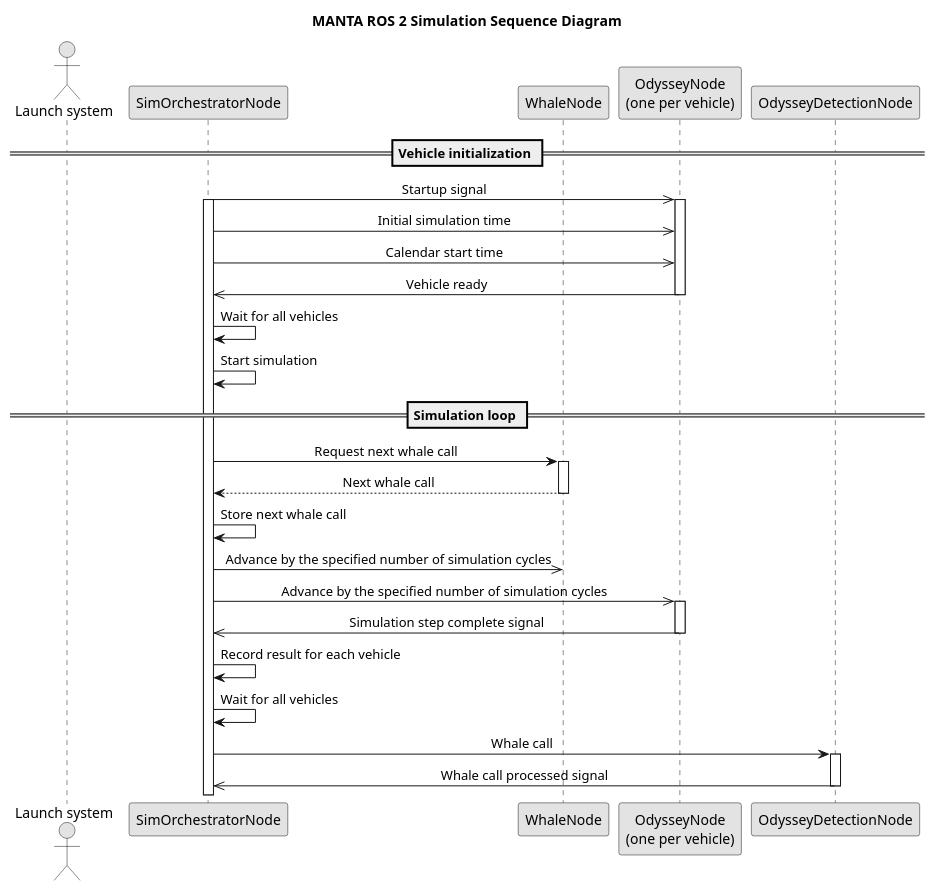
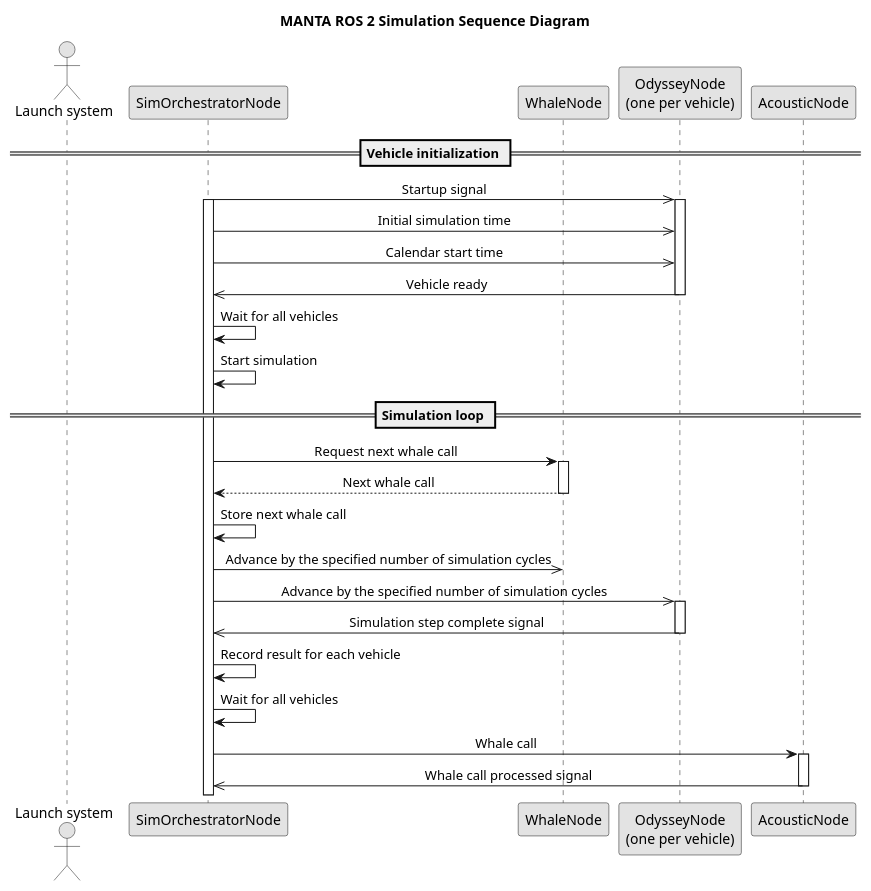
The diagram in components/manta_core/docs/sim_orchestrator_sequence.puml (Tebcherani/MANTA), drawn with PlantUML before and after one commit.

Commit message:
Update node name

```diff
--- a/components/manta_core/docs/sim_orchestrator_sequence.puml
+++ b/components/manta_core/docs/sim_orchestrator_sequence.puml
@@ -1,53 +1,53 @@
 @startuml
 title MANTA ROS 2 Simulation Sequence Diagram
 
 skinparam monochrome true
 skinparam shadowing false
 skinparam sequenceMessageAlign center
 skinparam responseMessageBelowArrow true
 
 actor "Launch system" as Launcher
 participant "SimOrchestratorNode" as Orchestrator
 participant "WhaleNode" as Whale
 participant "OdysseyNode\n(one per vehicle)" as Odyssey
-participant "OdysseyDetectionNode" as Detection
+participant "AcousticNode" as Detection
 
 
 == Vehicle initialization ==
 
 Orchestrator ->> Odyssey : Startup signal
 activate Orchestrator
 activate Odyssey
 Orchestrator ->> Odyssey : Initial simulation time
 Orchestrator ->> Odyssey : Calendar start time
 Odyssey ->> Orchestrator : Vehicle ready
 deactivate Odyssey
 
 Orchestrator -> Orchestrator : Wait for all vehicles
 Orchestrator -> Orchestrator : Start simulation
 
 == Simulation loop ==
 
 Orchestrator -> Whale : Request next whale call
     activate Whale
     Whale --> Orchestrator : Next whale call
     deactivate Whale
 
     Orchestrator -> Orchestrator : Store next whale call
 
     Orchestrator ->> Whale : Advance by the specified number of simulation cycles
 
     Orchestrator ->> Odyssey : Advance by the specified number of simulation cycles
     activate Odyssey
     Odyssey ->> Orchestrator : Simulation step complete signal
     deactivate Odyssey
 
     Orchestrator -> Orchestrator : Record result for each vehicle
     Orchestrator -> Orchestrator : Wait for all vehicles
 
     Orchestrator -> Detection : Whale call
     activate Detection
     Detection ->> Orchestrator : Whale call processed signal
     deactivate Detection
 
 @enduml
```
